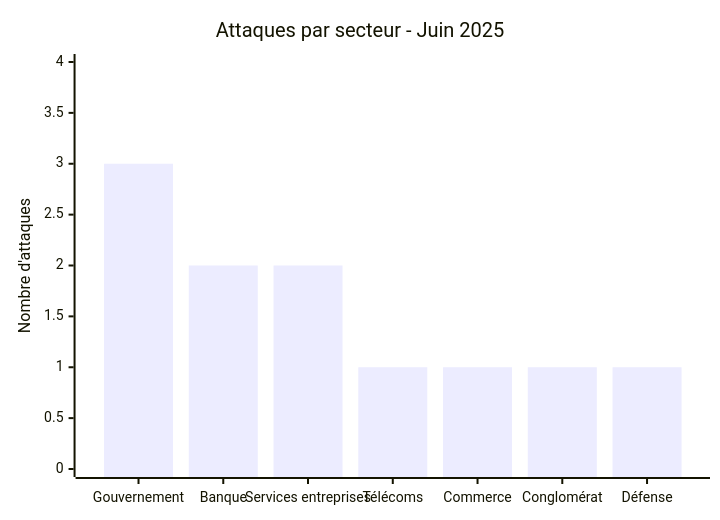
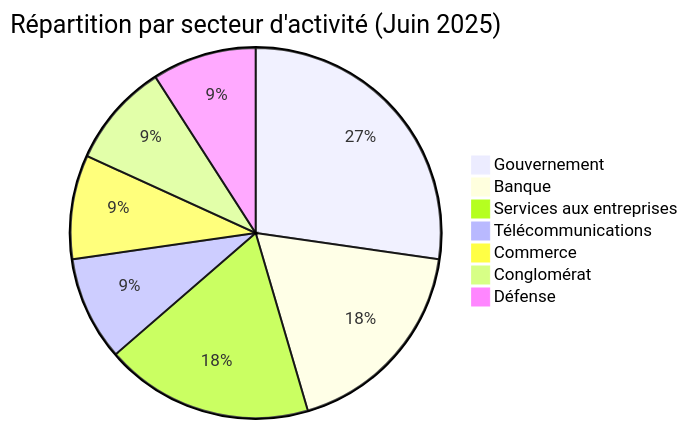
One commit to Hatchepsoute/AFRINTEL changed the second of 5 diagrams in reports/2025/06-june/README_FR.md. Above: the diagram before and after it, drawn with Mermaid. The commit also changed other lines of this file and 1 other file, not shown here.

Commit message:
Rapport CTI : Cyberattaques en Afrique Juin 2025

````diff
--- a/reports/2025/06-june/README_FR.md
+++ b/reports/2025/06-june/README_FR.md
@@ -46,7 +59,10 @@
 ```mermaid
-xychart-beta
-    title "Attaques par secteur - Juin 2025"
-    x-axis ["Gouvernement", "Banque", "Services entreprises", "Télécoms", "Commerce", "Conglomérat", "Défense"]
-    y-axis "Nombre d'attaques" 0 --> 4
-    bar [3, 2, 2, 1, 1, 1, 1]
+pie title Répartition par secteur d'activité (Juin 2025)
+    "Gouvernement" : 3
+    "Banque" : 2
+    "Services aux entreprises" : 2
+    "Télécommunications" : 1
+    "Commerce" : 1
+    "Conglomérat" : 1
+    "Défense" : 1
 ```
````
